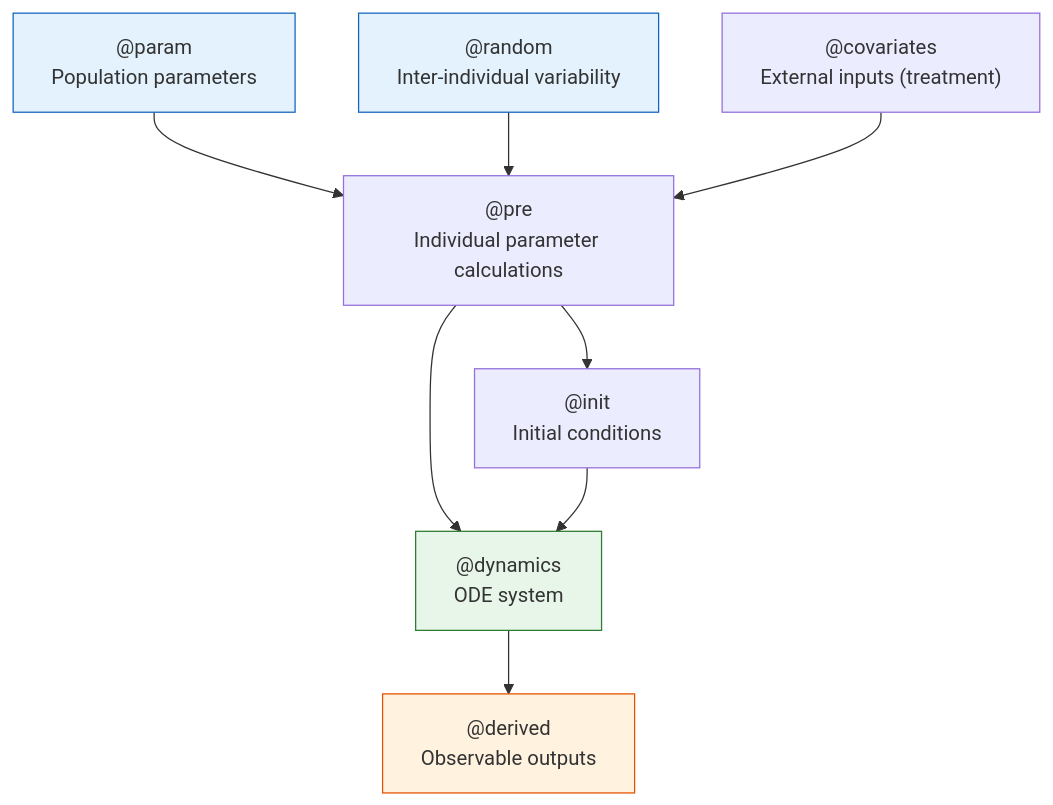
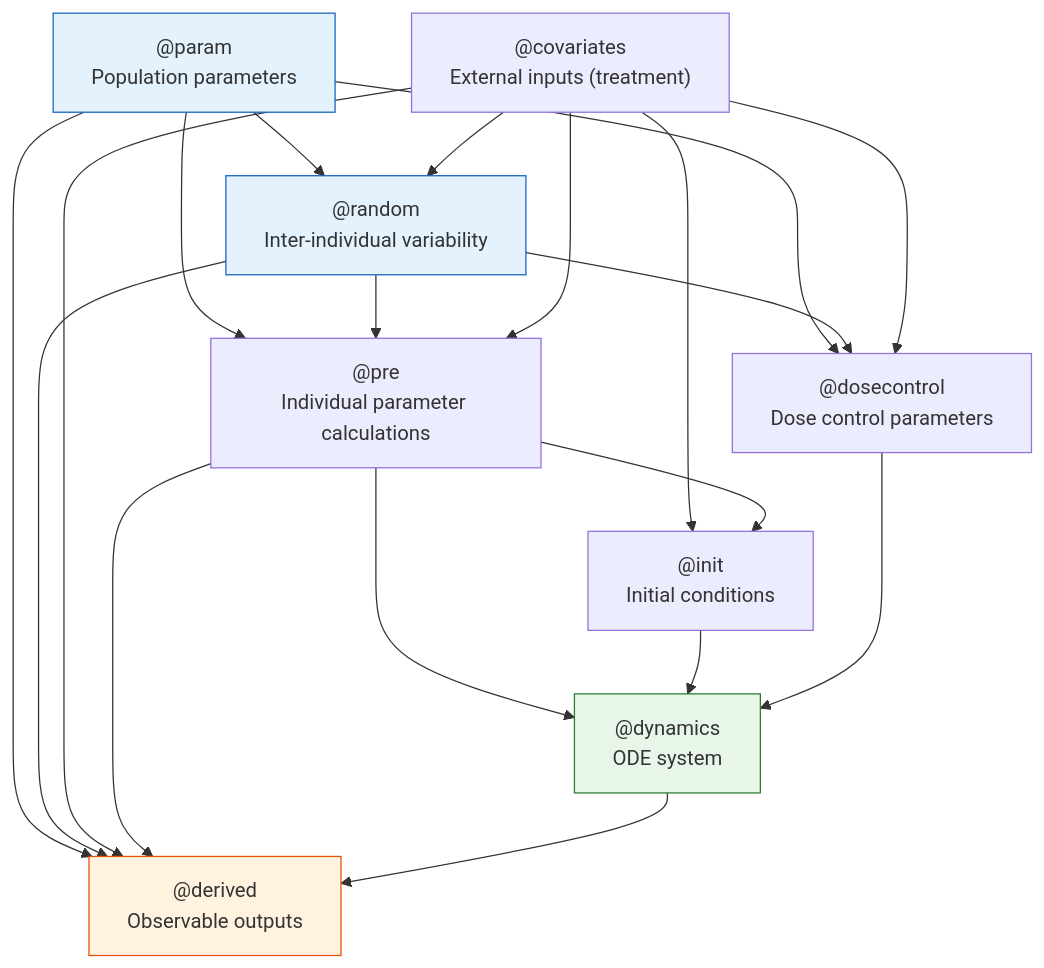
The second of 2 diagrams in tutorials/tb_01_model_introduction_tutorial.qmd (PumasAI-Labs/PumasInSilicoClinicalTrials), drawn with Mermaid before and after one commit. The commit also changed other lines of this file and 47 other files, not shown here.

````diff
--- a/tutorials/tb_01_model_introduction_tutorial.qmd
+++ b/tutorials/tb_01_model_introduction_tutorial.qmd
@@ -240,23 +216,36 @@
 ```{mermaid}
+%%| echo: false
 flowchart TB
     param["@param<br/>Population parameters"]
     random["@random<br/>Inter-individual variability"]
     cov["@covariates<br/>External inputs (treatment)"]
     pre["@pre<br/>Individual parameter calculations"]
     init["@init<br/>Initial conditions"]
+    dosecontrol["@dosecontrol<br/>Dose control parameters"]
     dynamics["@dynamics<br/>ODE system"]
     derived["@derived<br/>Observable outputs"]
 
     param --> pre
+    param --> random
+    param --> dosecontrol
+    param --> derived
     random --> pre
+    random --> dosecontrol
+    random --> derived
+    cov --> random
     cov --> pre
+    cov --> init
+    cov --> dosecontrol
+    cov --> derived
     pre --> init
     pre --> dynamics
+    pre --> derived
     init --> dynamics
+    dosecontrol --> dynamics
     dynamics --> derived
 
     style param fill:#e3f2fd,stroke:#1565c0
     style random fill:#e3f2fd,stroke:#1565c0
     style dynamics fill:#e8f5e9,stroke:#2e7d32
     style derived fill:#fff3e0,stroke:#e65100
 ```
````
